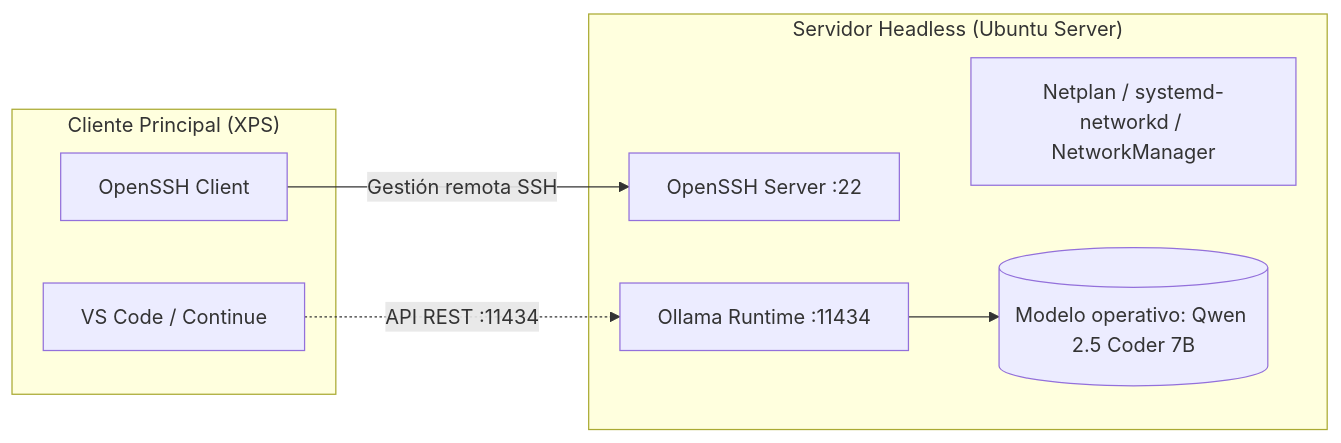
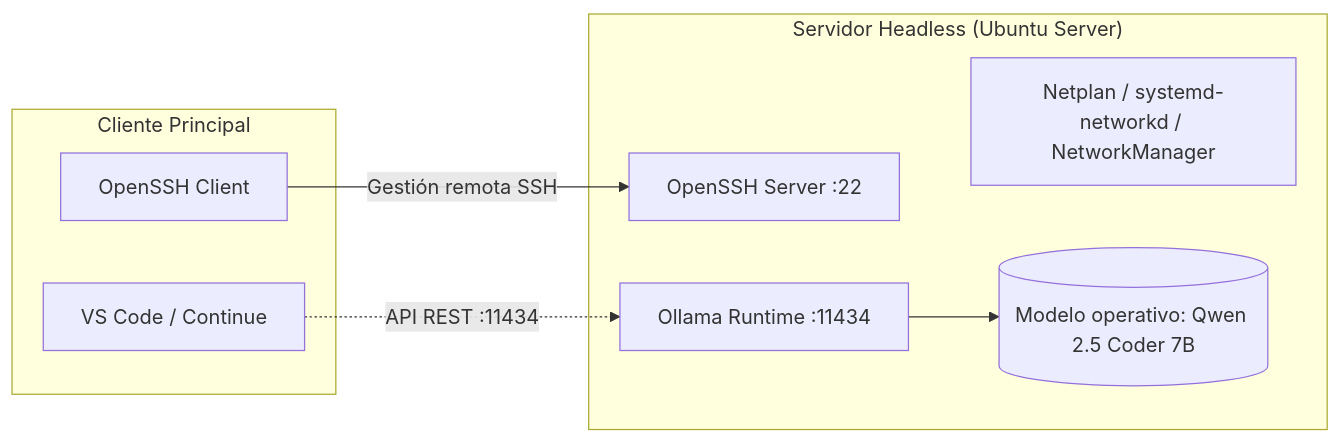
One commit to lanuzalorenzo/ai-agent-local-lab changed the diagram in docs/server-deployment-ubuntu-ollama.md. Above: the diagram before and after it, drawn with Mermaid. The commit also changed other lines of this file and 3 other files, not shown here.

````diff
--- a/docs/server-deployment-ubuntu-ollama.md
+++ b/docs/server-deployment-ubuntu-ollama.md
@@ -16,18 +18,18 @@
 ```mermaid
 flowchart LR
-    subgraph Client["Cliente Principal (XPS)"]
+    subgraph Client["Cliente Principal"]
         SSH[OpenSSH Client]
         VSCode[VS Code / Continue]
     end
 
     subgraph Server["Servidor Headless (Ubuntu Server)"]
         Net[Netplan / systemd-networkd / NetworkManager]
         SSHD[OpenSSH Server :22]
         Ollama[Ollama Runtime :11434]
         LLM[(Modelo operativo: Qwen 2.5 Coder 7B)]
     end
 
     SSH -->|Gestión remota SSH| SSHD
     VSCode -.->|API REST :11434| Ollama
     Ollama --> LLM
 ```
````
